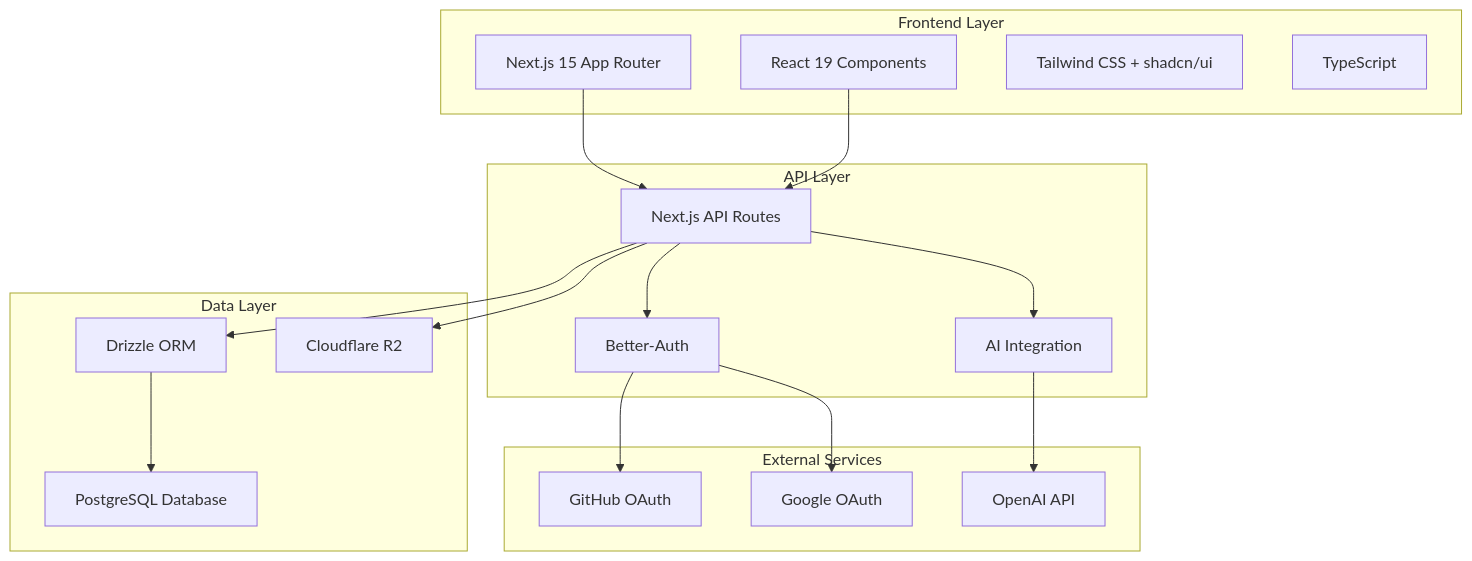
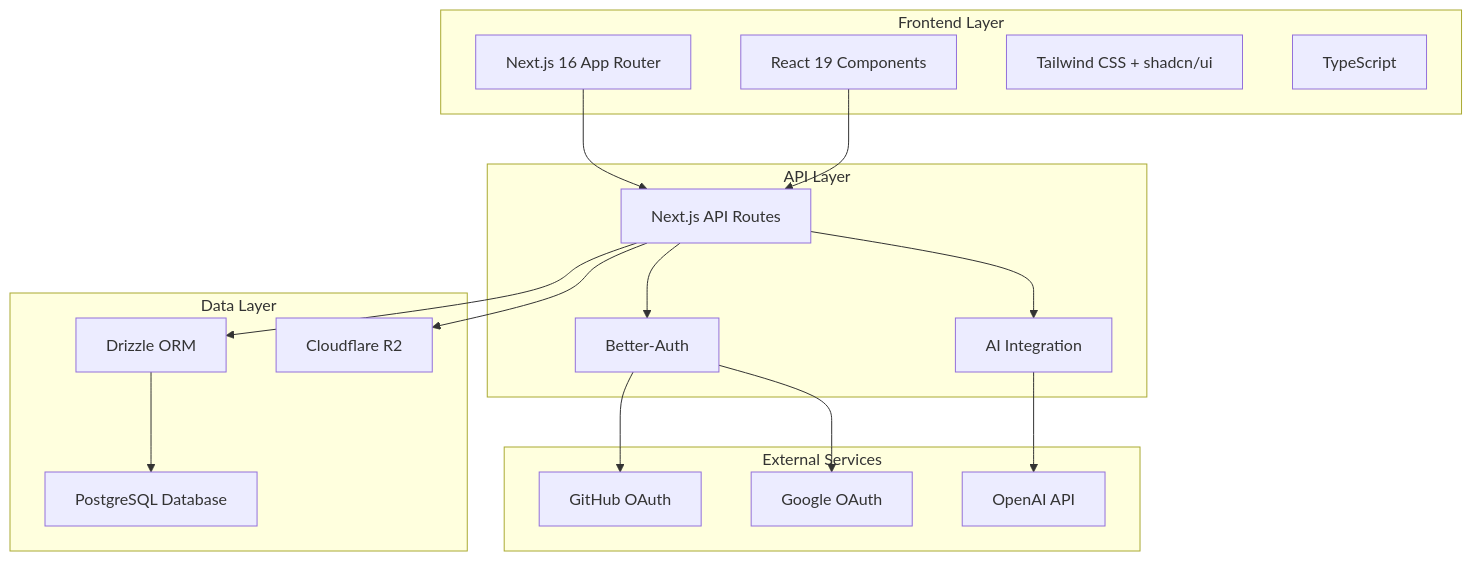
Before and after one commit to nuclom/nuclom: the diagram in docs/internal/architecture/README.md, drawn with Mermaid. The commit also changed other lines of this file and 10 other files, not shown here.

````diff
--- a/docs/internal/architecture/README.md
+++ b/docs/internal/architecture/README.md
@@ -7,38 +7,38 @@
 ```mermaid
 graph TB
     subgraph "Frontend Layer"
-        A[Next.js 15 App Router]
+        A[Next.js 16 App Router]
         B[React 19 Components]
         C[Tailwind CSS + shadcn/ui]
         D[TypeScript]
     end
 
     subgraph "API Layer"
         E[Next.js API Routes]
         F[Better-Auth]
         G[AI Integration]
     end
 
     subgraph "Data Layer"
         H[PostgreSQL Database]
         I[Drizzle ORM]
         J[Cloudflare R2]
     end
 
     subgraph "External Services"
         K[GitHub OAuth]
         L[Google OAuth]
         M[OpenAI API]
     end
 
     A --> E
     B --> E
     E --> F
     E --> G
     E --> I
     F --> K
     F --> L
     G --> M
     I --> H
     E --> J
 ```
````
